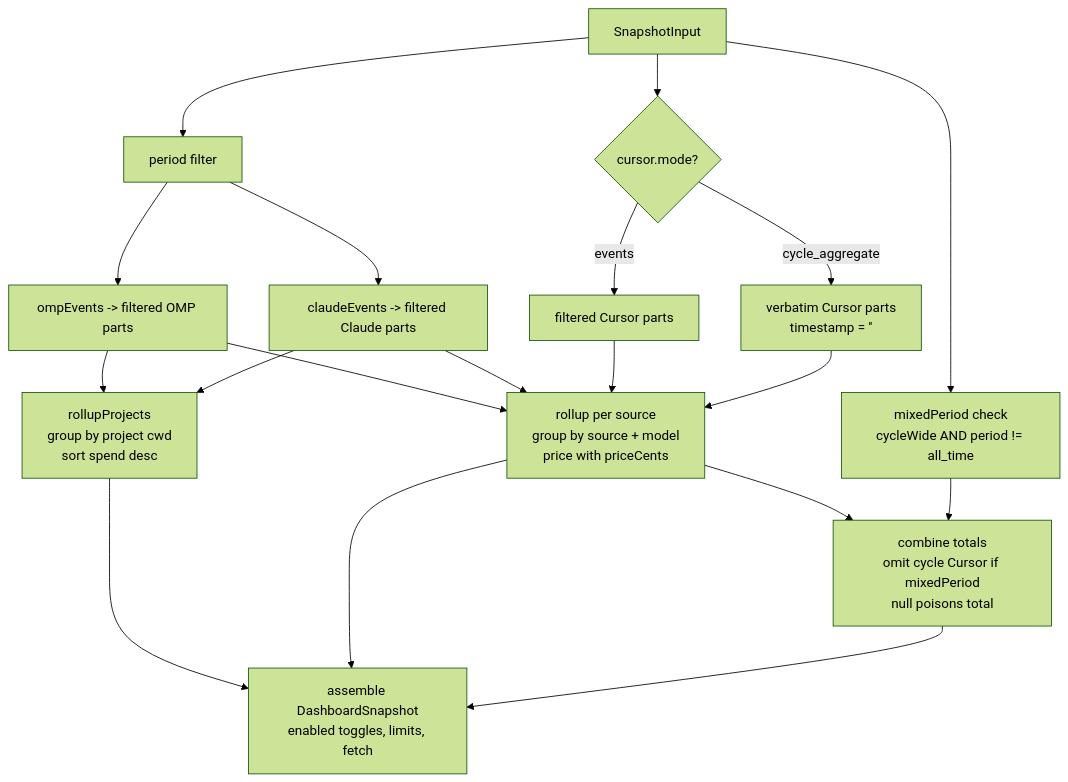
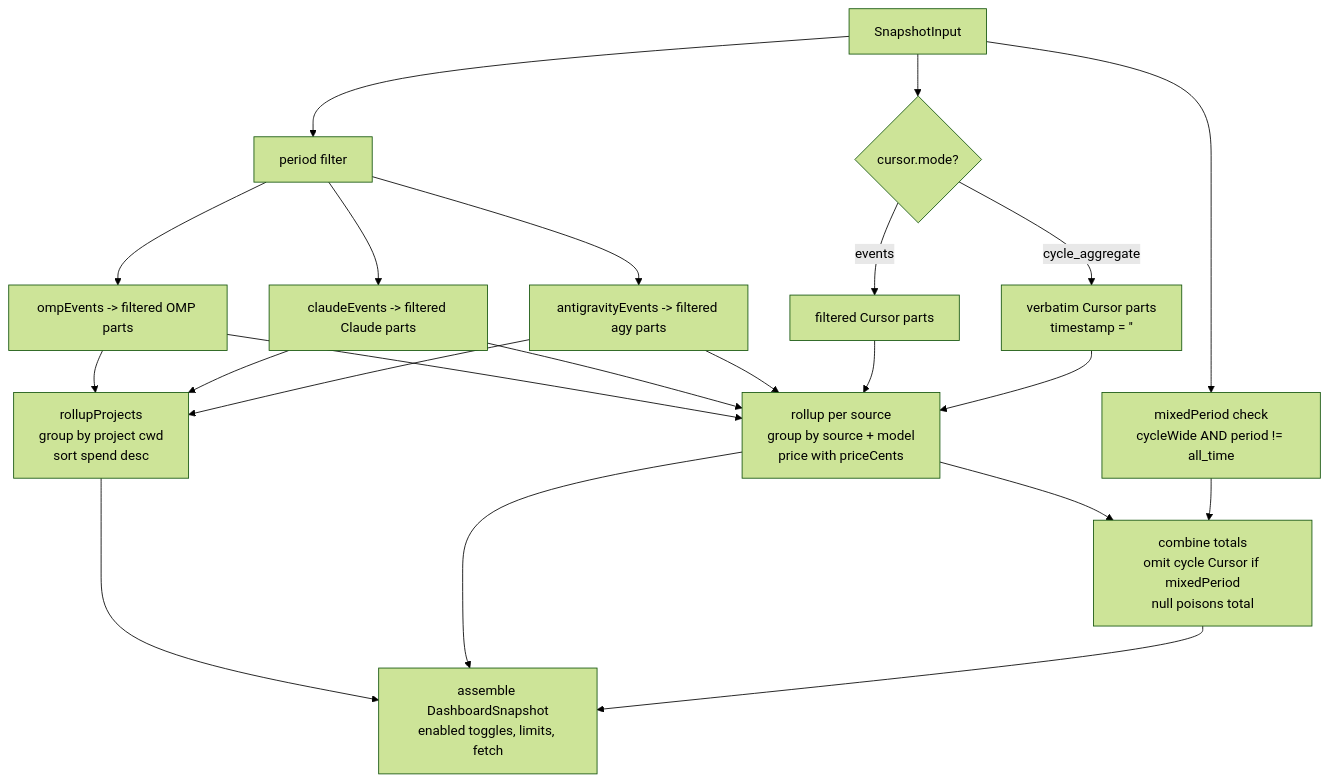
The diagram in docs/architecture/04-core-domain.md (prajwal-hebbar-07/prompt-burn), drawn with Mermaid (forest theme) before and after one commit. The commit also changed other lines of this file and 14 other files, not shown here.

````diff
--- a/docs/architecture/04-core-domain.md
+++ b/docs/architecture/04-core-domain.md
@@ -217,14 +226,15 @@
 ```mermaid
 flowchart TD
     A[SnapshotInput] --> B[period filter]
     B --> C[ompEvents -> filtered OMP parts]
     B --> D[claudeEvents -> filtered Claude parts]
+    B --> N[antigravityEvents -> filtered agy parts]
     A --> E{cursor.mode?}
     E -- events --> F[filtered Cursor parts]
     E -- cycle_aggregate --> G[verbatim Cursor parts<br/>timestamp = '']
-    C & D --> H[rollupProjects<br/>group by project cwd<br/>sort spend desc]
-    C & D & F & G --> I[rollup per source<br/>group by source + model<br/>price with priceCents]
+    C & D & N --> H[rollupProjects<br/>group by project cwd<br/>sort spend desc]
+    C & D & N & F & G --> I[rollup per source<br/>group by source + model<br/>price with priceCents]
     A --> J[mixedPeriod check<br/>cycleWide AND period != all_time]
     I & J --> K[combine totals<br/>omit cycle Cursor if mixedPeriod<br/>null poisons total]
     H & I & K --> L[assemble DashboardSnapshot<br/>enabled toggles, limits, fetch]
 ```
````
